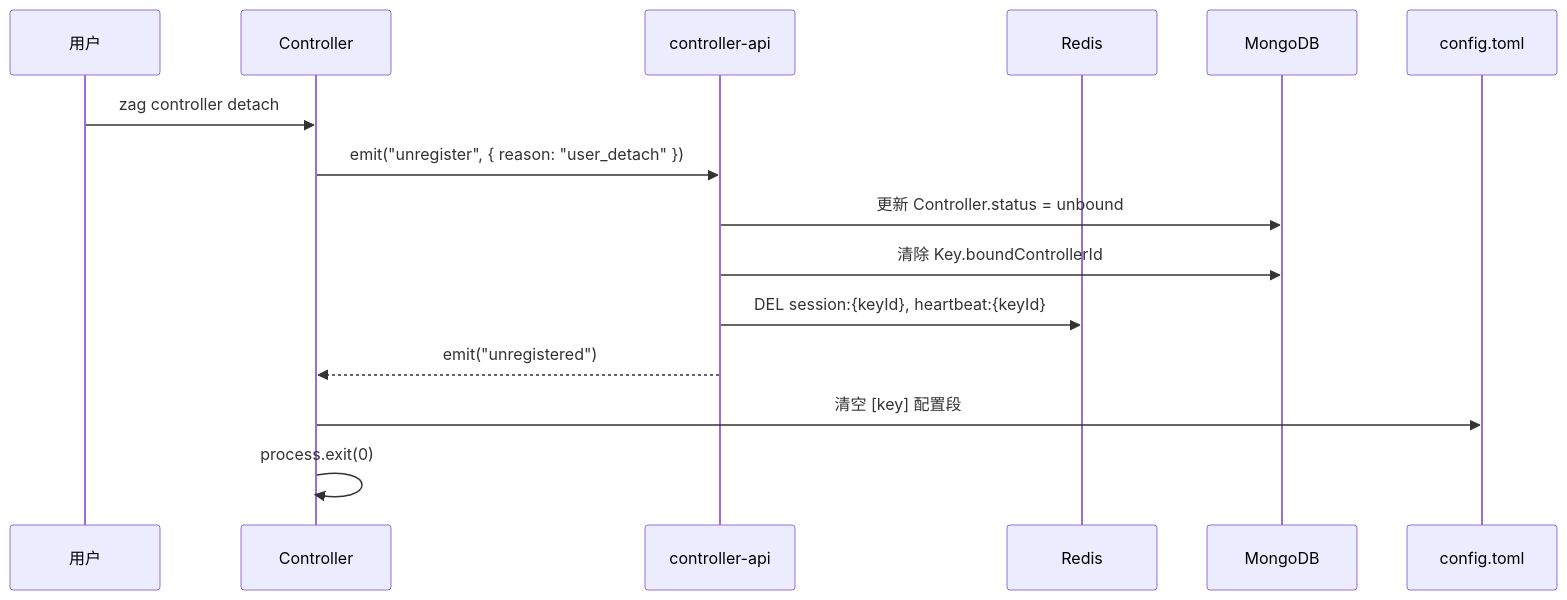
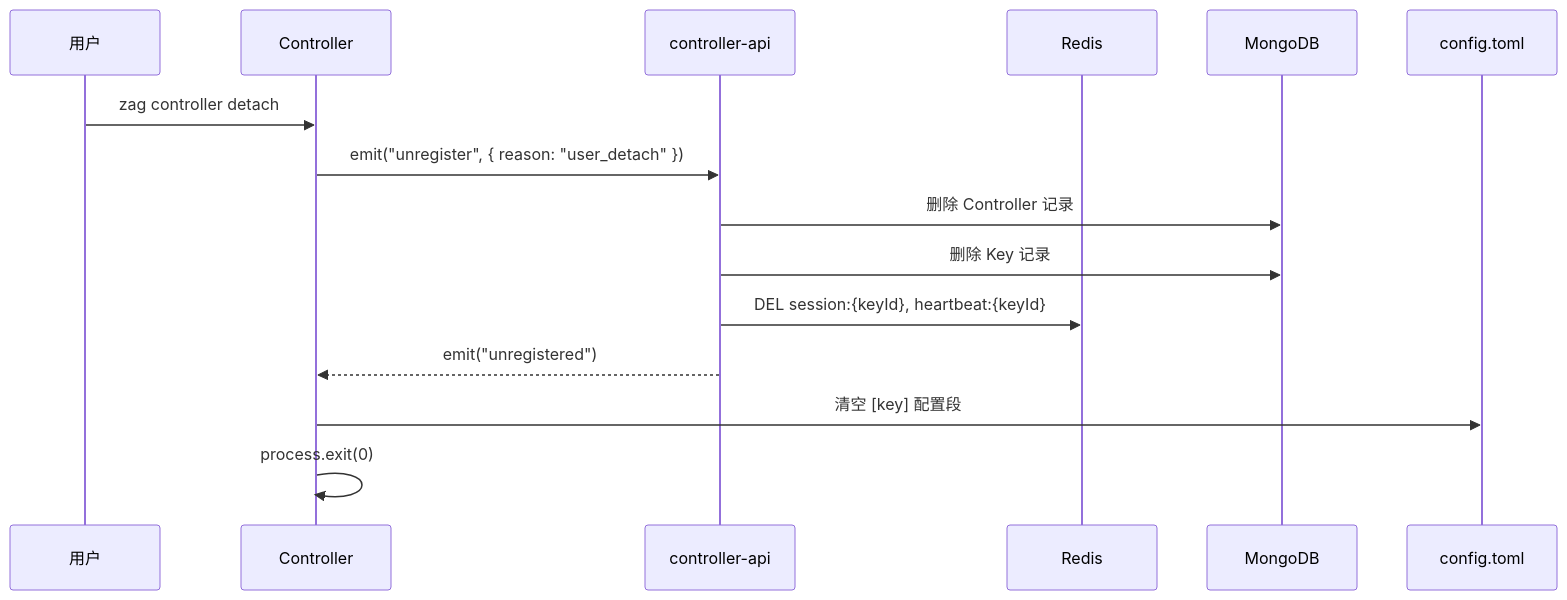
One commit to Deliay/z-agent-gear changed the seventh of 8 diagrams in docs/engineering/proposals/20260517-proposal-agent-controller-v1.md. Above: the diagram before and after it, drawn with Mermaid. The commit also changed other lines of this file and 3 other files, not shown here.

First line of the commit message:
docs: update all documentation to reflect new controller key lifecycle

````diff
--- a/docs/engineering/proposals/20260517-proposal-agent-controller-v1.md
+++ b/docs/engineering/proposals/20260517-proposal-agent-controller-v1.md
@@ -460,18 +446,18 @@
 ```mermaid
 sequenceDiagram
     participant U as 用户
     participant CT as Controller
     participant S as controller-api
     participant R as Redis
     participant D as MongoDB
     participant CFG as config.toml
 
     U->>CT: zag controller detach
     CT->>S: emit("unregister", { reason: "user_detach" })
-    S->>D: 更新 Controller.status = unbound
-    S->>D: 清除 Key.boundControllerId
+    S->>D: 删除 Controller 记录
+    S->>D: 删除 Key 记录
     S->>R: DEL session:{keyId}, heartbeat:{keyId}
     S-->>CT: emit("unregistered")
     CT->>CFG: 清空 [key] 配置段
     CT->>CT: process.exit(0)
 ```
````
